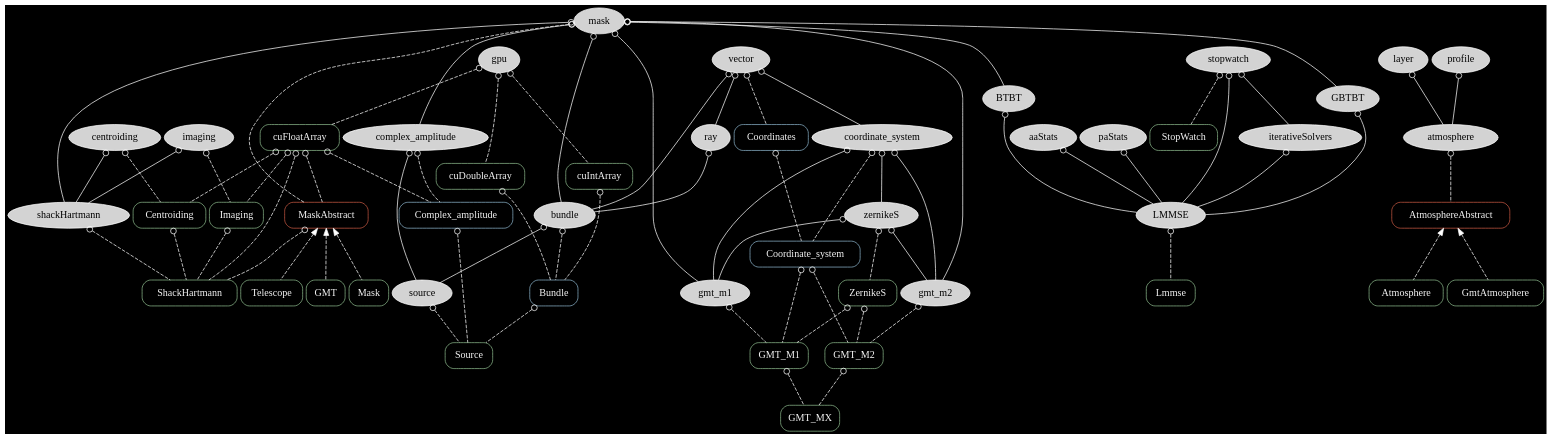
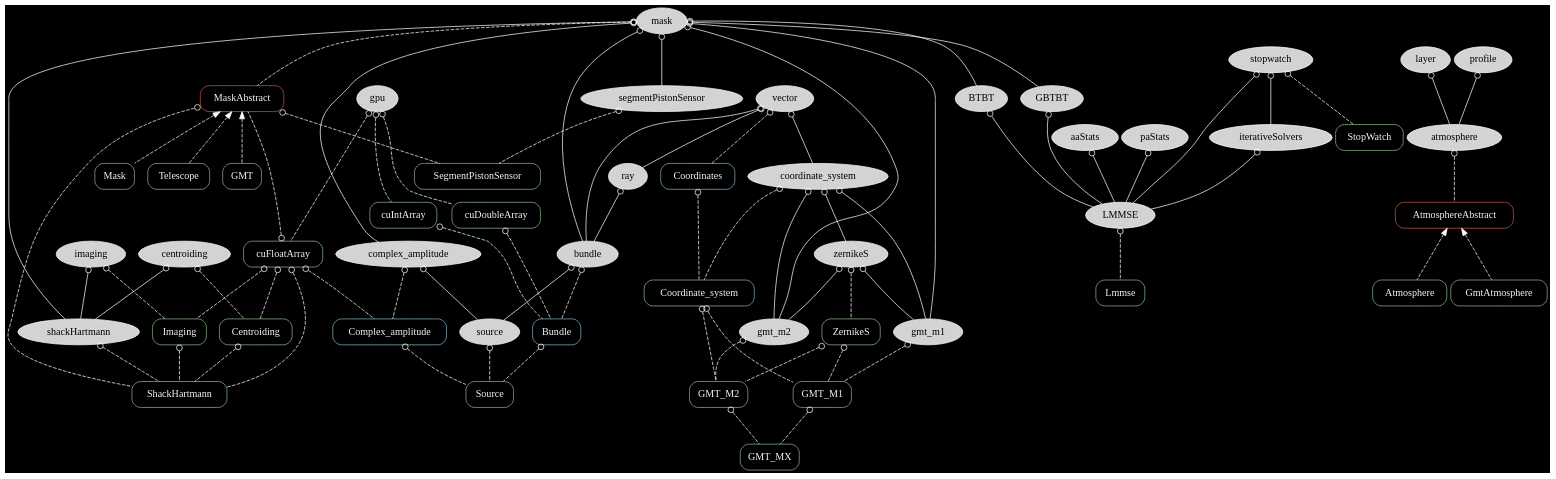
One commit to rconan/CEO changed the diagram in graph/ceo.dot. Above: the diagram before and after it, drawn with Graphviz. The commit also changed 2 other files, not shown here.

```diff
--- a/graph/ceo.dot
+++ b/graph/ceo.dot
@@ -1,114 +1,120 @@
 digraph {
 overlap=false
 splines=true
 bgcolor = black
 node[style=filled,fillcolor=lightgray,color=white];
 edge[arrowtail=odot,dir=back,color=white];
 
 mask -> shackHartmann;
 imaging -> shackHartmann;
 centroiding -> shackHartmann;
 bundle -> source;
 
 coordinate_system -> zernikeS;
 coordinate_system -> gmt_m1;
 coordinate_system -> gmt_m2
 
 mask -> gmt_m1;
 mask -> gmt_m2;
 mask -> complex_amplitude;
 
 zernikeS -> gmt_m1;
 zernikeS -> gmt_m2;
 
 vector -> coordinate_system;
 vector -> bundle;
 
 mask -> bundle;
 ray -> bundle;
 vector -> ray;
 complex_amplitude -> source;
 
 layer -> atmosphere;
 profile -> atmosphere;
 
 mask -> BTBT;
 mask -> GBTBT;
 aaStats -> LMMSE;
 paStats -> LMMSE;
 BTBT -> LMMSE;
 GBTBT -> LMMSE;
 iterativeSolvers -> LMMSE;
 stopwatch -> LMMSE;
 stopwatch -> iterativeSolvers;
 
 gpu;
 
+mask -> segmentPistonSensor;
+
 node[color=darkseagreen,style=rounded,shape=box,fontcolor=whitesmoke];
 edge[style=dashed,color=white]
 
 centroiding -> Centroiding;
 imaging -> Imaging;
 cuFloatArray -> Imaging;
 cuFloatArray -> Centroiding;
 
 source -> Source;
 Complex_amplitude[color=lightskyblue3];
 complex_amplitude -> Complex_amplitude;
 cuFloatArray -> Complex_amplitude;
 Bundle[color=lightskyblue3];
 bundle -> Bundle;
 cuDoubleArray -> Bundle;
 cuIntArray -> Bundle;
 Complex_amplitude -> Source[label="wavefront"];
 Bundle -> Source[label="rays"];
 
 shackHartmann -> ShackHartmann;
 MaskAbstract -> ShackHartmann;
 cuFloatArray -> ShackHartmann
 Imaging -> ShackHartmann;
 Centroiding -> ShackHartmann;
 
+segmentPistonSensor -> SegmentPistonSensor;
+
 gmt_m1 -> GMT_M1;
 gmt_m2 -> GMT_M2;
 ZernikeS;
 zernikeS -> ZernikeS;
 ZernikeS -> GMT_M1;
 ZernikeS -> GMT_M2;
 GMT_M1 -> GMT_MX[label="M1"];
 GMT_M2 -> GMT_MX[label="M2"];
 Coordinate_system[color=lightskyblue3];
 coordinate_system -> Coordinate_system;
 Coordinate_system -> GMT_M1;
 Coordinate_system -> GMT_M2;
 Coordinates[color=lightskyblue3];
 Coordinates -> Coordinate_system;
 vector -> Coordinates;
 
 AtmosphereAbstract[color=coral3];
 atmosphere -> AtmosphereAbstract;
 
 MaskAbstract[color=coral3]
 mask -> MaskAbstract;
 cuFloatArray -> MaskAbstract;
+MaskAbstract -> SegmentPistonSensor;
 
 stopwatch -> StopWatch;
 
 gpu -> cuFloatArray;
 gpu -> cuIntArray;
 gpu -> cuDoubleArray;
 LMMSE -> Lmmse;
 
 edge[dir=back,arrowtail=normal];
 
 AtmosphereAbstract -> Atmosphere;
 AtmosphereAbstract -> GmtAtmosphere;
 
 MaskAbstract -> Mask;
 MaskAbstract -> Telescope;
 MaskAbstract -> GMT;
 
 {rank = source; mask;}
-{rank = same; gpu; vector;}
+{rank = same; gpu; vector; MaskAbstract}
+{rank = same; Source; ShackHartmann}
 #{rank=same; stopwatch; LMMSE;}
 }
```
